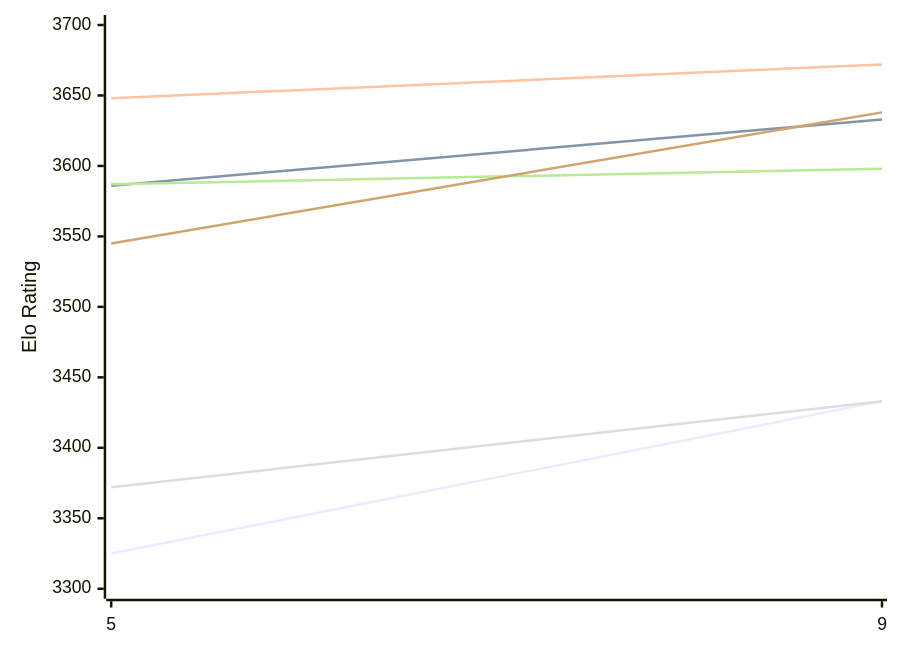
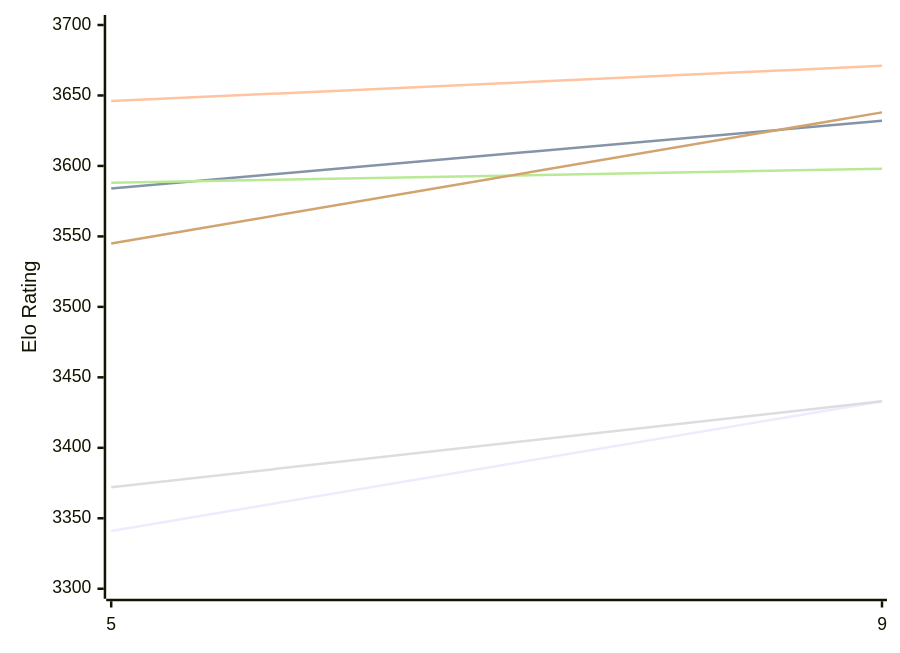
Before and after one commit to computer-chess-index/cci: the first of 2 diagrams in engines/Crystal.md, drawn with Mermaid. The commit also changed other lines of this file, not shown here.

Commit message:
Update CCI Ratings (ELO VLTC) - 2026-11-28

````diff
--- a/engines/Crystal.md
+++ b/engines/Crystal.md
@@ -50,12 +50,12 @@
 ```mermaid
 %%{init: {"theme":"base","themeVariables":{"seriesColors:['#a3a3a3','#222221','#faa371']}}}%%
 xychart-beta
   x-axis ["5", "9"]
   y-axis "Elo Rating" 3300 --> 3700
-  line "E1: STC (8.0+0.08s)" [3325, 3433]
-  line "E1: LTC (60.0+0.60s)" [3586, 3633]
-  line "E1: VLTC (2m24s+1.12s)" [3648, 3672]
+  line "E1: STC (8.0+0.08s)" [3341, 3433]
+  line "E1: LTC (60.0+0.60s)" [3584, 3632]
+  line "E1: VLTC (2m24s+1.12s)" [3646, 3671]
   line "P1: STC (8.0+0.08s)" [3372, 3433]
-  line "P1: LTC (60.0+0.60s)" [3587, 3598]
+  line "P1: LTC (60.0+0.60s)" [3588, 3598]
   line "P1: VLTC (2m24s+1.12s)" [3545, 3638]
 ```
````
